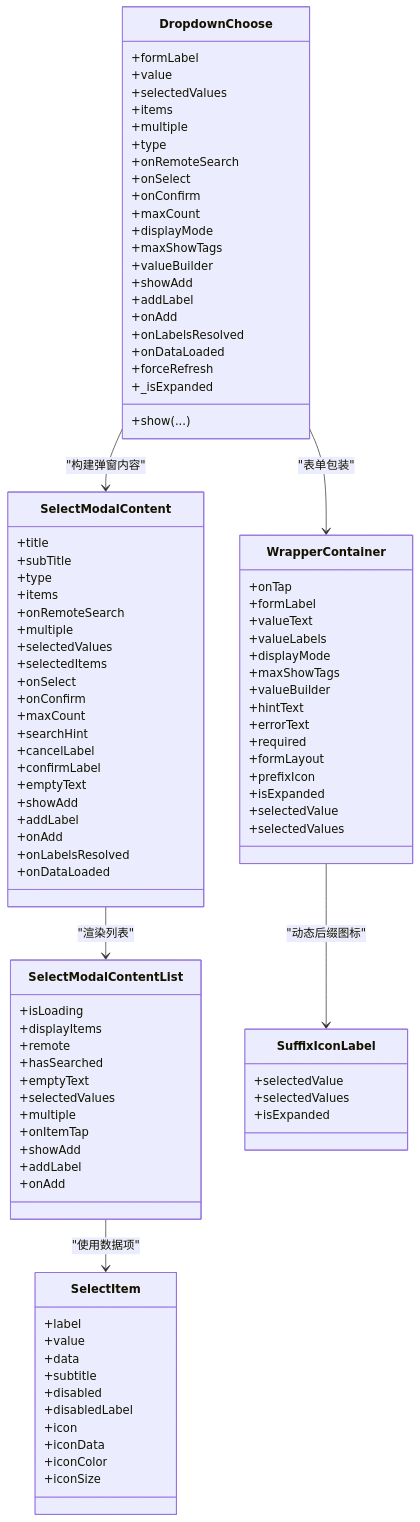
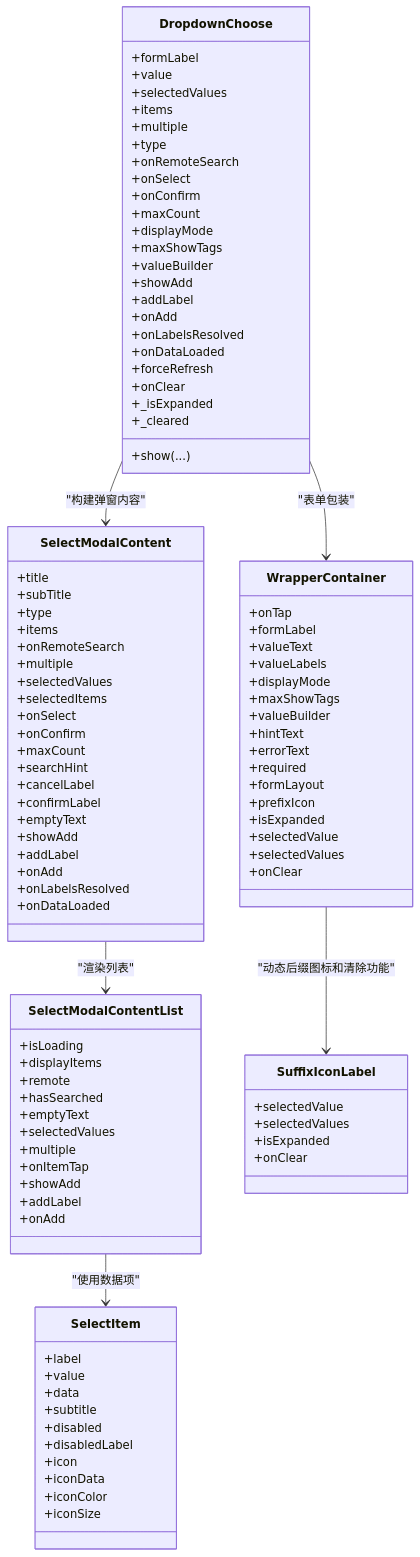
One commit to yuzhido/lite-ui changed the third of 3 diagrams in .qoder/repowiki/zh/content/API 参考/高级组件 API/DropdownChoose 下拉选择器 API.md. Above: the diagram before and after it, drawn with Mermaid. The commit also changed other lines of this file and 37 other files, not shown here.

````diff
--- a/.qoder/repowiki/zh/content/API 参考/高级组件 API/DropdownChoose 下拉选择器 API.md
+++ b/.qoder/repowiki/zh/content/API 参考/高级组件 API/DropdownChoose 下拉选择器 API.md
@@ -301,7 +336,9 @@
 +onLabelsResolved
 +onDataLoaded
 +forceRefresh
++onClear
 +_isExpanded
++_cleared
 +show(...)
 }
 class SelectModalContent {
@@ -355,11 +392,13 @@
 +isExpanded
 +selectedValue
 +selectedValues
++onClear
 }
 class SuffixIconLabel {
 +selectedValue
 +selectedValues
 +isExpanded
++onClear
 }
 class SelectItem {
 +label
@@ -376,6 +415,6 @@
 DropdownChoose --> SelectModalContent : "构建弹窗内容"
 SelectModalContent --> SelectModalContentList : "渲染列表"
 DropdownChoose --> WrapperContainer : "表单包装"
-WrapperContainer --> SuffixIconLabel : "动态后缀图标"
+WrapperContainer --> SuffixIconLabel : "动态后缀图标和清除功能"
 SelectModalContentList --> SelectItem : "使用数据项"
 ```
````
